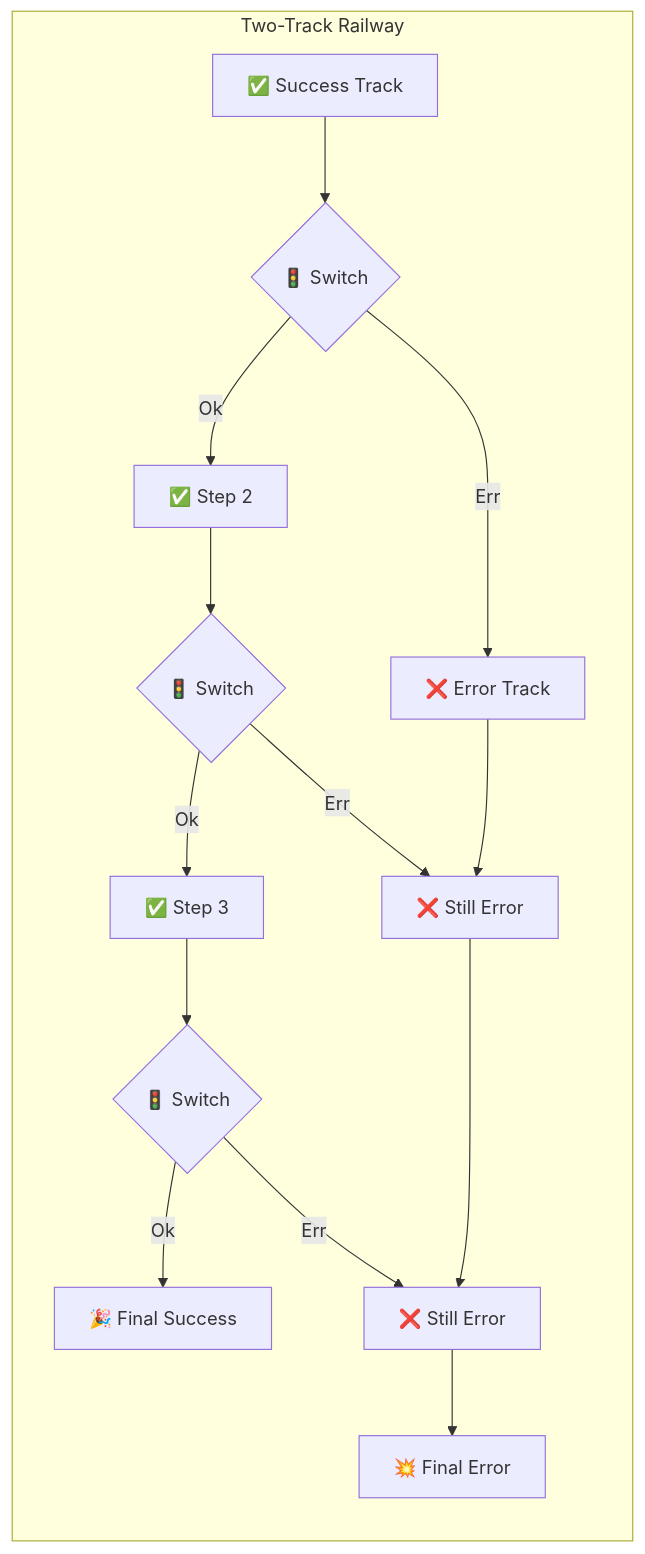
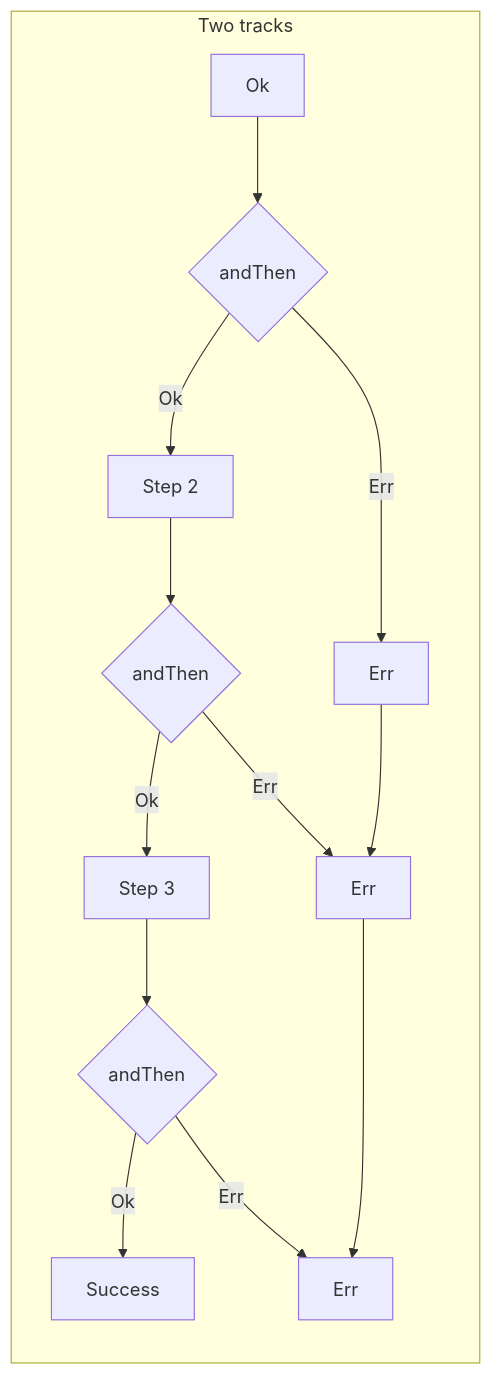
Before and after one commit to jagreehal/trycatch-vs-neverthrow-vs-effect: the fourth of 6 diagrams in README.md, drawn with Mermaid. The commit also changed other lines of this file and 15 other files, not shown here.

````diff
--- a/README.md
+++ b/README.md
@@ -338,32 +208,26 @@
 ```mermaid
 flowchart LR
-    subgraph "Two-Track Railway"
-        S1["✅ Success Track"]
-        S2["✅ Step 2"]
-        S3["✅ Step 3"]
-        S4["🎉 Final Success"]
-
-        E1["❌ Error Track"]
-        E2["❌ Still Error"]
-        E3["❌ Still Error"]
-        E4["💥 Final Error"]
-
-        SW1{"🚦 Switch"}
-        SW2{"🚦 Switch"}
-        SW3{"🚦 Switch"}
+    subgraph railway [Two tracks]
+        S1[Ok]
+        S2[Step 2]
+        S3[Step 3]
+        S4[Success]
+        E1[Err]
+        E2[Err]
+        E3[Err]
+        SW1{andThen}
+        SW2{andThen}
+        SW3{andThen}
 
         S1 --> SW1
-        SW1 -->|"Ok"| S2
-        SW1 -->|"Err"| E1
-
+        SW1 -->|Ok| S2
+        SW1 -->|Err| E1
         S2 --> SW2
-        SW2 -->|"Ok"| S3
-        SW2 -->|"Err"| E2
-
+        SW2 -->|Ok| S3
+        SW2 -->|Err| E2
         S3 --> SW3
-        SW3 -->|"Ok"| S4
-        SW3 -->|"Err"| E3
-
-        E1 --> E2 --> E3 --> E4
+        SW3 -->|Ok| S4
+        SW3 -->|Err| E3
+        E1 --> E2 --> E3
     end
 ```
````
